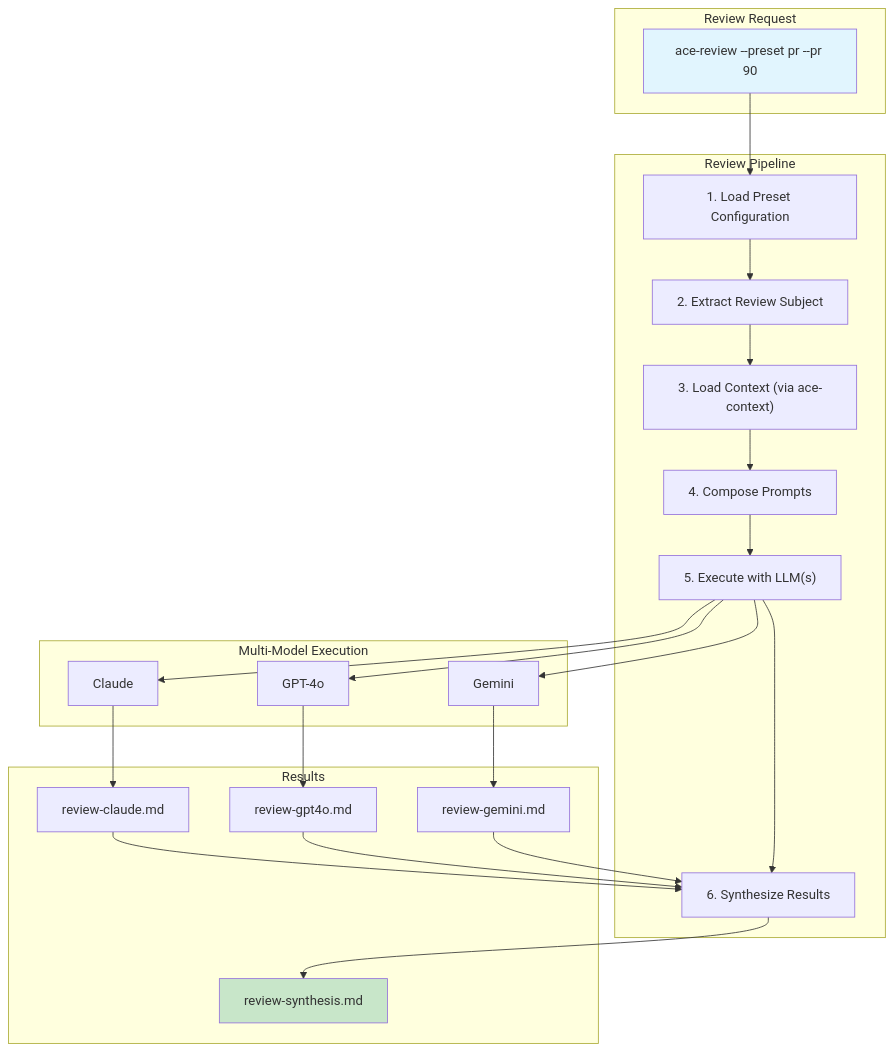
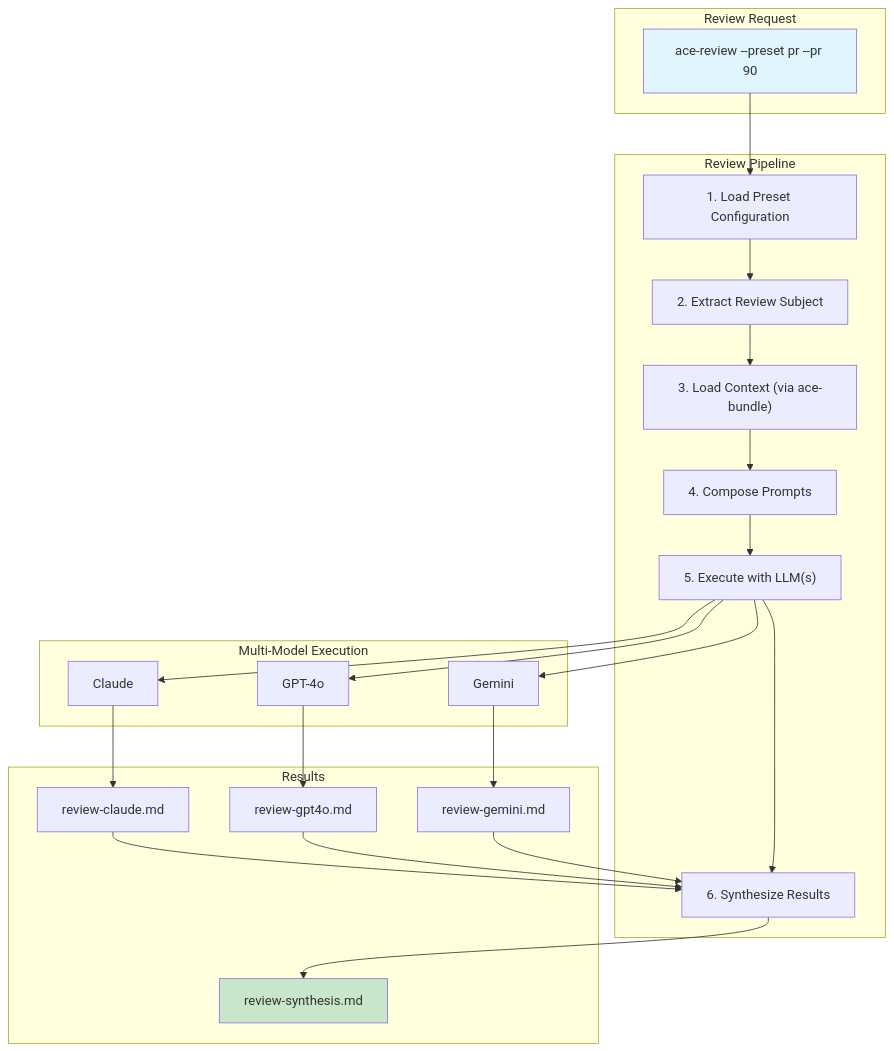
One commit to cs3b/ace changed the fifth of 7 diagrams in docs/vision.md. Above: the diagram before and after it, drawn with Mermaid. The commit also changed other lines of this file and 30 other files, not shown here.

First line of the commit message:
docs(monorepo): Update documentation and configuration for ace-bundle

````diff
--- a/docs/vision.md
+++ b/docs/vision.md
@@ -389,40 +389,40 @@
 ```mermaid
 flowchart TD
     subgraph Input["Review Request"]
         A["ace-review --preset pr --pr 90"]
     end
 
     subgraph Pipeline["Review Pipeline"]
         B1["1. Load Preset Configuration"]
         B2["2. Extract Review Subject"]
-        B3["3. Load Context (via ace-context)"]
+        B3["3. Load Context (via ace-bundle)"]
         B4["4. Compose Prompts"]
         B5["5. Execute with LLM(s)"]
         B6["6. Synthesize Results"]
     end
 
     subgraph Models["Multi-Model Execution"]
         C1["Claude"]
         C2["GPT-4o"]
         C3["Gemini"]
     end
 
     subgraph Output["Results"]
         D1["review-claude.md"]
         D2["review-gpt4o.md"]
         D3["review-gemini.md"]
         D4["review-synthesis.md"]
     end
 
     A --> B1 --> B2 --> B3 --> B4 --> B5 --> B6
     B5 --> C1 --> D1
     B5 --> C2 --> D2
     B5 --> C3 --> D3
     D1 --> B6
     D2 --> B6
     D3 --> B6
     B6 --> D4
 
     style A fill:#e1f5fe
     style D4 fill:#c8e6c9
 ```
````
